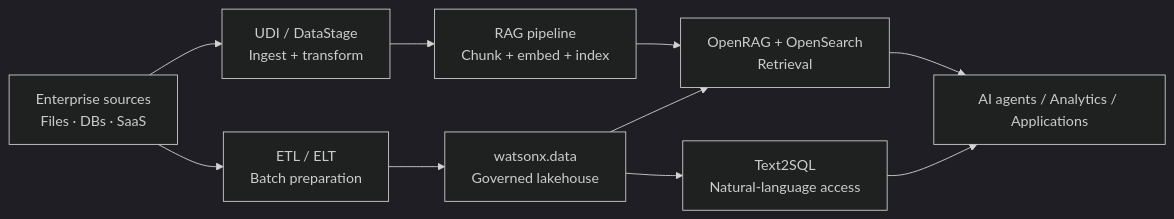
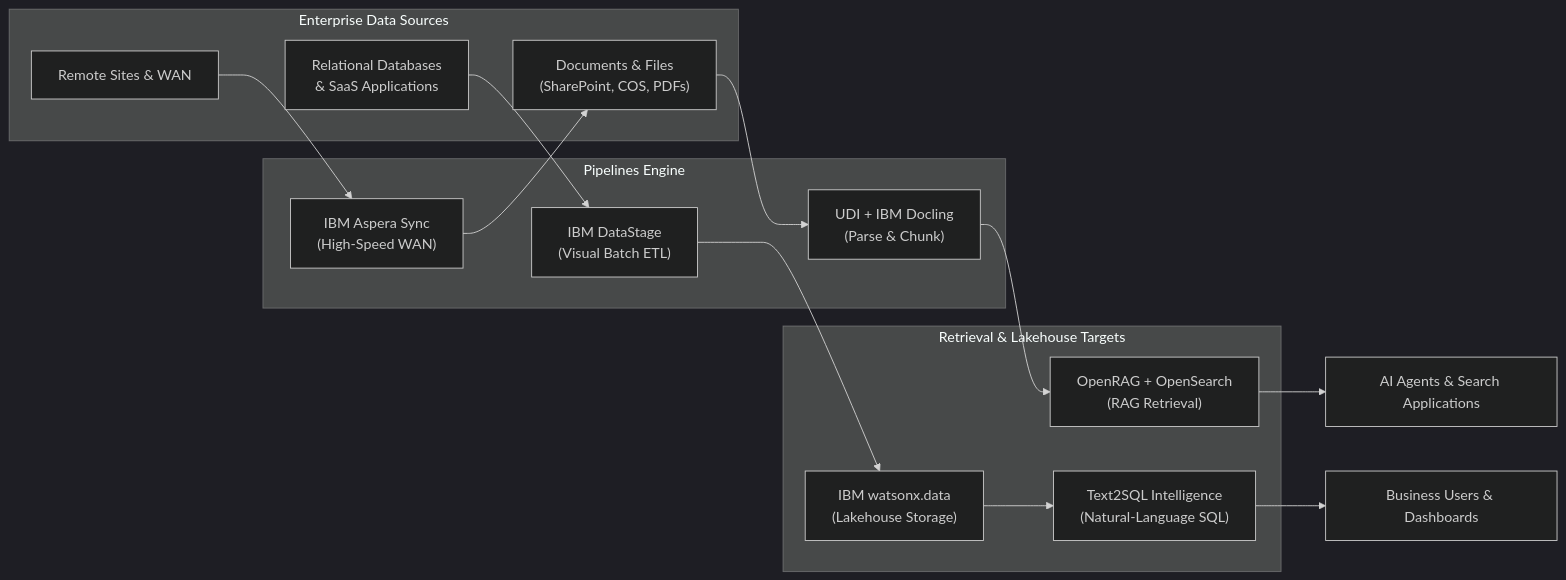
The diagram in docs-src/data-core/pipelines/index.md (ibm-self-serve-assets/building-blocks-docs), drawn with Mermaid (dark theme) before and after one commit. The commit also changed other lines of this file and 31 other files, not shown here.

````diff
--- a/docs-src/data-core/pipelines/index.md
+++ b/docs-src/data-core/pipelines/index.md
@@ -47,12 +47,31 @@
 ```mermaid
 flowchart LR
-    S["Enterprise sources<br/>Files · DBs · SaaS"] --> U["UDI / DataStage<br/>Ingest + transform"]
-    U --> R["RAG pipeline<br/>Chunk + embed + index"]
-    R --> O["OpenRAG + OpenSearch<br/>Retrieval"]
-    S --> E["ETL / ELT<br/>Batch preparation"]
-    E --> W["watsonx.data<br/>Governed lakehouse"]
-    W --> T["Text2SQL<br/>Natural-language access"]
-    W --> O
-    O --> A["AI agents / Analytics / Applications"]
-    T --> A
+    subgraph SOURCES["Enterprise Data Sources"]
+        FILES["Documents & Files<br/>(SharePoint, COS, PDFs)"]
+        DBS["Relational Databases<br/>& SaaS Applications"]
+        REMOTE["Remote Sites & WAN"]
+    end
+
+    subgraph PIPELINES_CORE["Pipelines Engine"]
+        UDI["UDI + IBM Docling<br/>(Parse & Chunk)"]
+        ETL["IBM DataStage<br/>(Visual Batch ETL)"]
+        SYNC["IBM Aspera Sync<br/>(High-Speed WAN)"]
+    end
+
+    subgraph TARGETS["Retrieval & Lakehouse Targets"]
+        RAG["OpenRAG + OpenSearch<br/>(RAG Retrieval)"]
+        LAKE["IBM watsonx.data<br/>(Lakehouse Storage)"]
+        T2S["Text2SQL Intelligence<br/>(Natural-Language SQL)"]
+    end
+
+    FILES --> UDI
+    UDI --> RAG
+    DBS --> ETL
+    ETL --> LAKE
+    REMOTE --> SYNC
+    SYNC --> FILES
+    LAKE --> T2S
+
+    RAG --> AI["AI Agents & Search Applications"]
+    T2S --> USERS["Business Users & Dashboards"]
 ```
````
